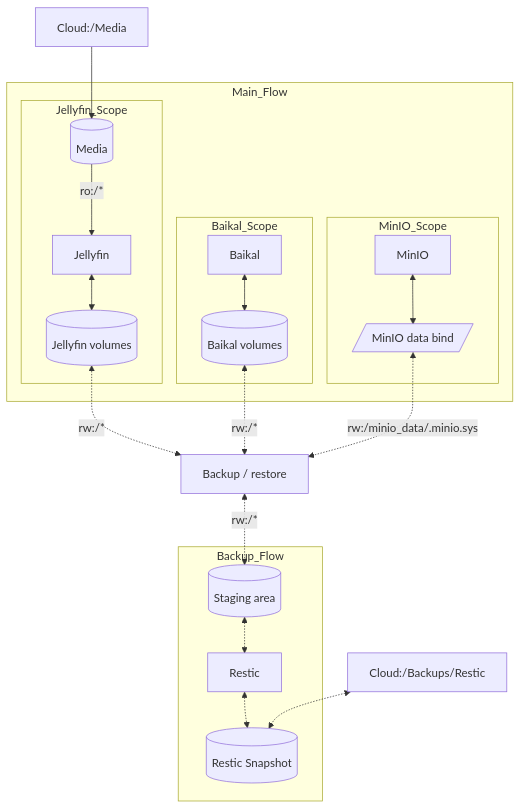
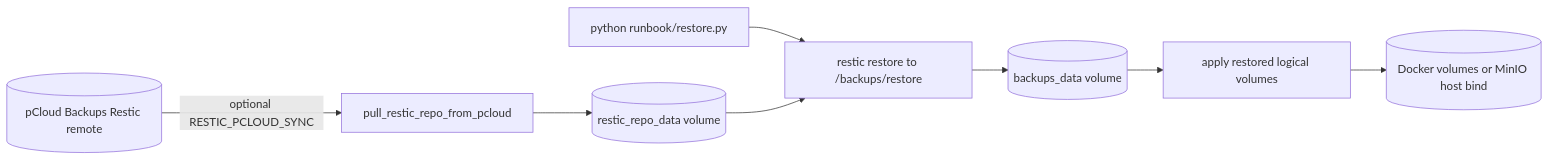
The third of 4 diagrams in README.md (BinaryBand/server-apps), drawn with Mermaid before and after one commit. The commit also changed other lines of this file and 22 other files, not shown here.

First line of the commit message:
Refactor and enhance runtime health checks, permissions application, and backup/restore functionality

````diff
--- a/README.md
+++ b/README.md
@@ -44,31 +87,17 @@
 ```mermaid
-flowchart TB
+flowchart LR
 
-subgraph Main_Flow
-	subgraph Jellyfin_Scope
-		media[(Media)] -->|ro:/*| jellyfin[Jellyfin]
-		jellyfin <--> jellyfinvol[(Jellyfin volumes)]
-	end
+restore[python runbook/restore.py]
+pull[pull_restic_repo_from_pcloud]
+repo[(restic_repo_data volume)]
+remote_repo[(pCloud Backups Restic remote)]
+restic_restore[restic restore to /backups/restore]
+staging[(backups_data volume)]
+apply[apply restored logical volumes]
+targets[(Docker volumes or MinIO host bind)]
 
-	subgraph Baikal_Scope
-		baikal[Baikal] <--> baikalvol[(Baikal volumes)]
-	end
-	
-	subgraph MinIO_Scope
-		minio[MinIO] <--> miniobind[/MinIO data bind/]
-	end
-end
-
-subgraph Backup_Flow
-	staging[(Staging area)] <.-> restic[Restic]
-	restic <.-> repo[(Restic Snapshot)]
-end
-
-jellyfinvol <.->|rw:/*| sync[Backup / restore]
-baikalvol <.->|rw:/*| sync
-miniobind <.->|rw:/minio_data/.minio.sys| sync
-sync <.->|rw:/*| staging
-
-rclone1[Cloud:/Media] --> media
-rclone2[Cloud:/Backups/Restic] <.-> repo
+remote_repo -->|optional RESTIC_PCLOUD_SYNC| pull --> repo
+restore --> restic_restore
+repo --> restic_restore
+restic_restore --> staging --> apply --> targets
 ```
````
